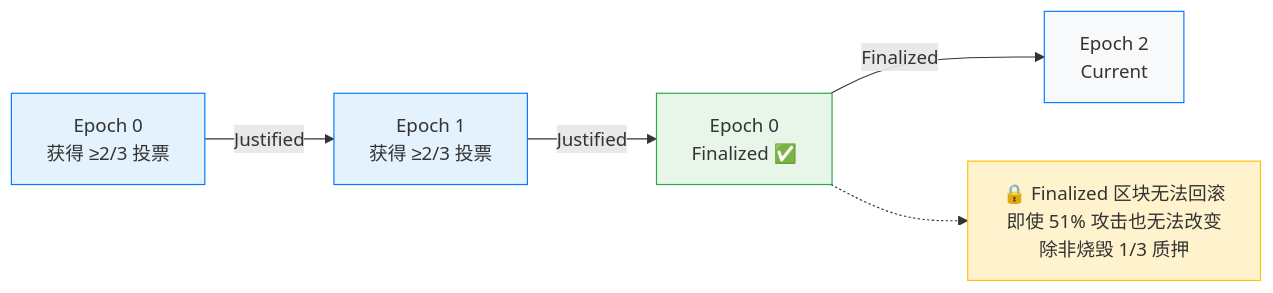
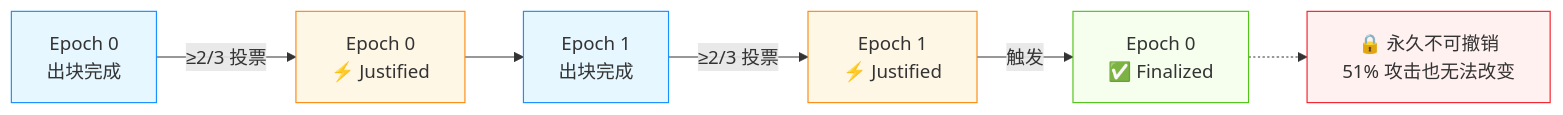
Before and after one commit to web3-wallet-org/web3-wallet-notes: the sixth of 7 diagrams in docs/《精通以太坊》/第15章-共识.md, drawn with Mermaid. The commit also changed other lines of this file and 1 other file, not shown here.

````diff
--- a/docs/《精通以太坊》/第15章-共识.md
+++ b/docs/《精通以太坊》/第15章-共识.md
@@ -257,16 +279,14 @@
 ```mermaid
 graph LR
-    A["Epoch 0<br/>获得 ≥2/3 投票"] -->|Justified| B["Epoch 1<br/>获得 ≥2/3 投票"]
-    B -->|Justified| C["Epoch 0<br/>Finalized ✅"]
-    C -->|Finalized| D["Epoch 2<br/>Current"]
-    
-    note["🔒 Finalized 区块无法回滚<br/>即使 51% 攻击也无法改变<br/>除非烧毁 1/3 质押"]
-    
-    C -.-> note
-    
-    style A fill:#e3f2fd,stroke:#007bff,color:#333
-    style B fill:#e3f2fd,stroke:#007bff,color:#333
-    style C fill:#e8f5e9,stroke:#28a745,color:#333
-    style D fill:#f8f9fa,stroke:#007bff,color:#333
-    style note fill:#fff3cd,stroke:#ffc107,color:#333
+    A["Epoch 0<br/>出块完成"] -->|"≥2/3 投票"| B["Epoch 0<br/>⚡ Justified"]
+    B --> C["Epoch 1<br/>出块完成"] -->|"≥2/3 投票"| D["Epoch 1<br/>⚡ Justified"]
+    D -->|"触发"| E["Epoch 0<br/>✅ Finalized"]
+    E -.-> F["🔒 永久不可撤销<br/>51% 攻击也无法改变"]
+
+    style A fill:#e6f7ff,stroke:#1890ff,color:#333
+    style B fill:#fff7e6,stroke:#fa8c16,color:#333
+    style C fill:#e6f7ff,stroke:#1890ff,color:#333
+    style D fill:#fff7e6,stroke:#fa8c16,color:#333
+    style E fill:#f6ffed,stroke:#52c41a,color:#333
+    style F fill:#fff1f0,stroke:#f5222d,color:#333
 ```
````
